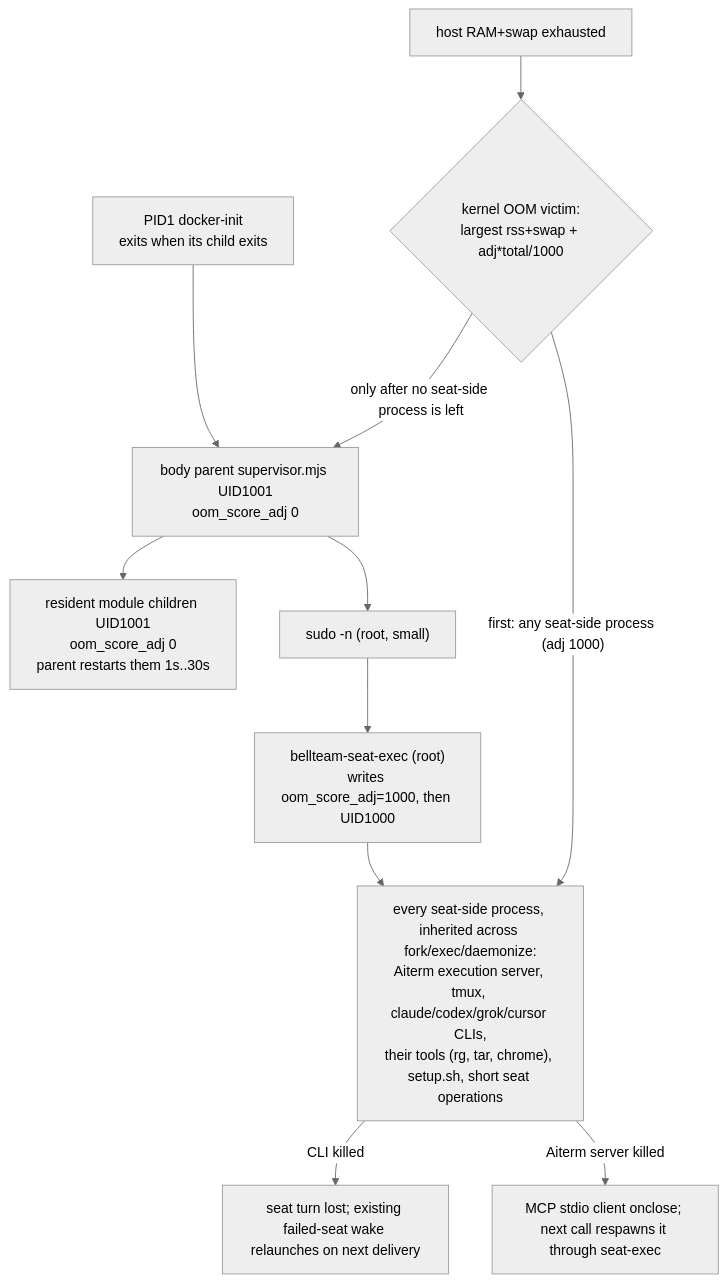
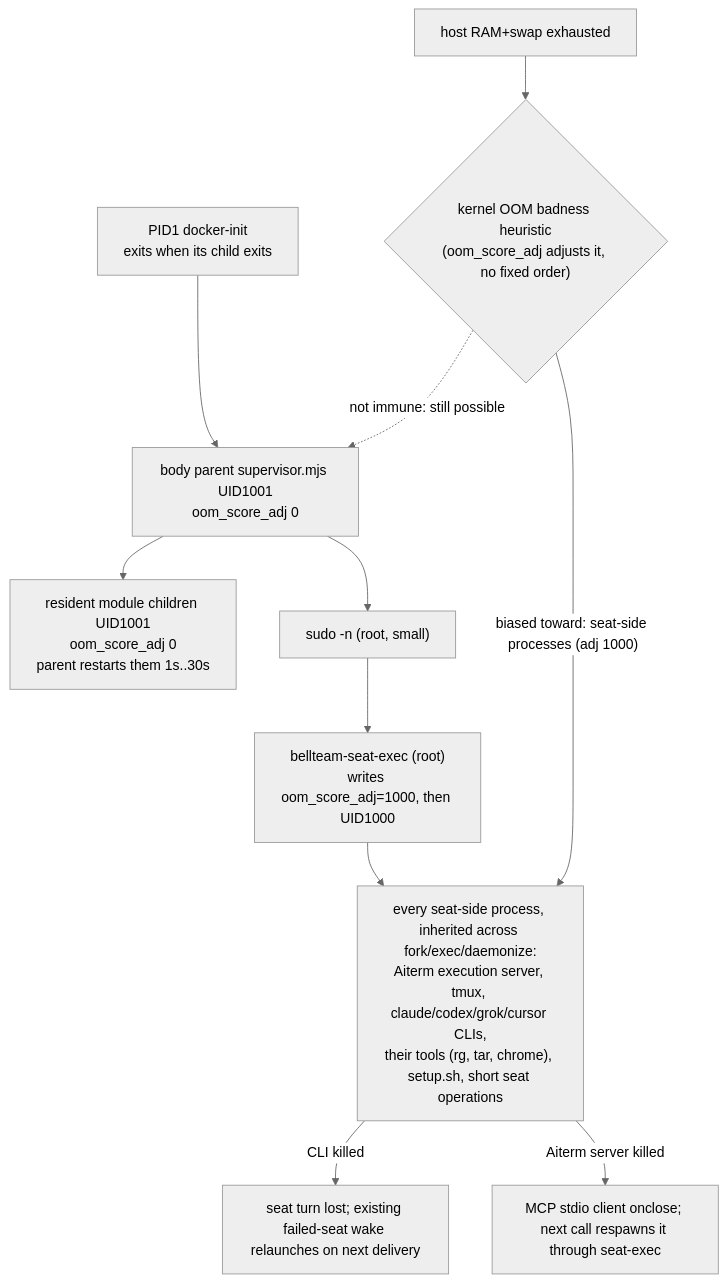
The third of 5 diagrams in docs/architecture/modules/runtime/execution.md (kitepon/BellTeam), drawn with Mermaid (neutral theme) before and after one commit. The commit also changed other lines of this file, not shown here.

Commit message:
Describe oom_score_adj as a priority bias, not a victim order

````diff
--- a/docs/architecture/modules/runtime/execution.md
+++ b/docs/architecture/modules/runtime/execution.md
@@ -84,13 +84,13 @@
 ```mermaid
 flowchart TD
   Init["PID1 docker-init<br/>exits when its child exits"] --> Parent["body parent supervisor.mjs UID1001<br/>oom_score_adj 0"]
   Parent --> Modules["resident module children UID1001<br/>oom_score_adj 0<br/>parent restarts them 1s..30s"]
   Parent --> Sudo["sudo -n (root, small)"]
   Sudo --> SeatExec["bellteam-seat-exec (root)<br/>writes oom_score_adj=1000, then UID1000"]
   SeatExec --> SeatTree["every seat-side process, inherited across fork/exec/daemonize:<br/>Aiterm execution server, tmux, claude/codex/grok/cursor CLIs,<br/>their tools (rg, tar, chrome), setup.sh, short seat operations"]
-  Pressure["host RAM+swap exhausted"] --> Pick{"kernel OOM victim:<br/>largest rss+swap + adj*total/1000"}
-  Pick -->|"first: any seat-side process (adj 1000)"| SeatTree
-  Pick -->|"only after no seat-side process is left"| Parent
+  Pressure["host RAM+swap exhausted"] --> Pick{"kernel OOM badness heuristic<br/>(oom_score_adj adjusts it, no fixed order)"}
+  Pick -->|"biased toward: seat-side processes (adj 1000)"| SeatTree
+  Pick -.->|"not immune: still possible"| Parent
   SeatTree -->|"CLI killed"| SeatRecover["seat turn lost; existing failed-seat wake relaunches on next delivery"]
   SeatTree -->|"Aiterm server killed"| AitermRecover["MCP stdio client onclose; next call respawns it through seat-exec"]
 ```
````
